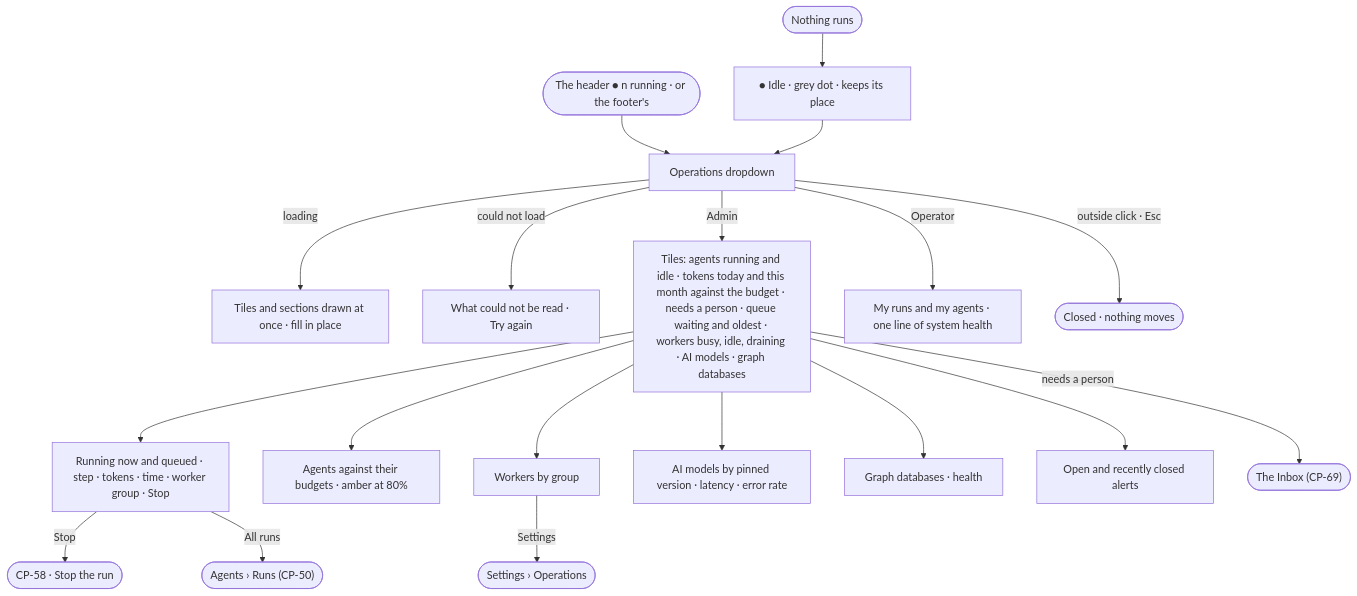
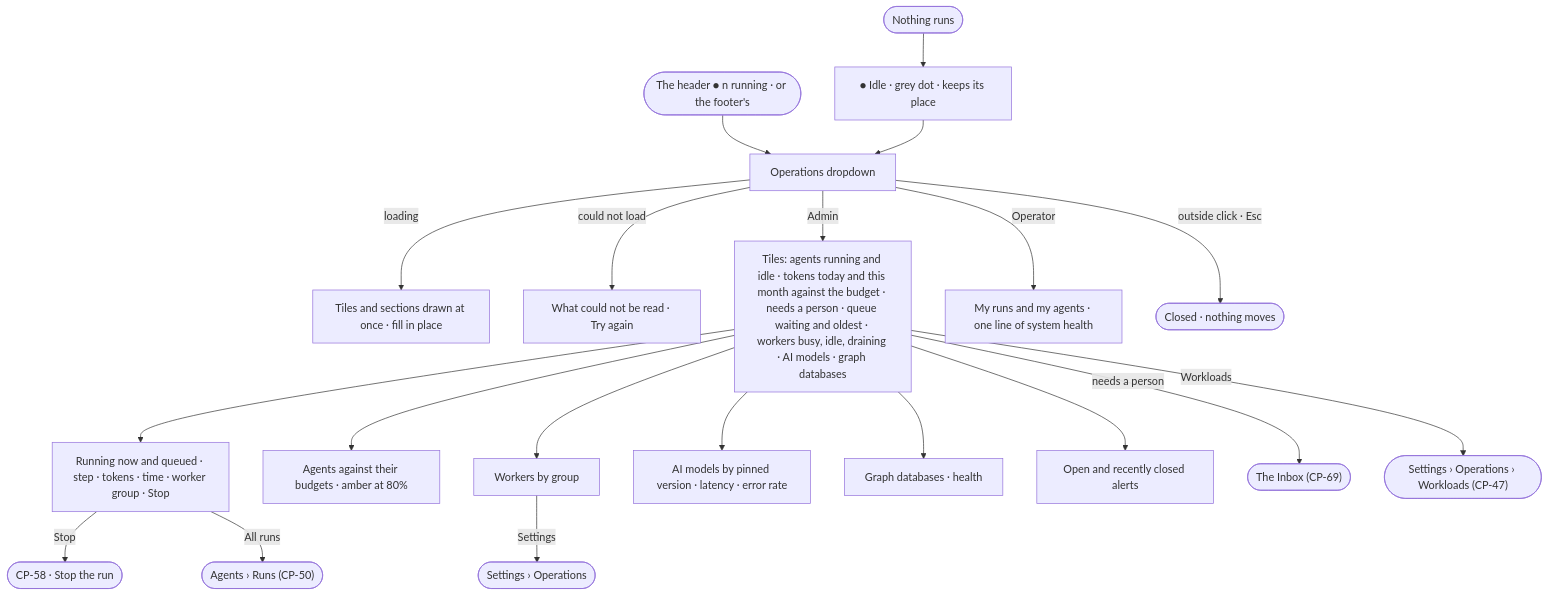
Before and after one commit to invana/invana: the diagram in specs/os/control/features/CP-F09-overview/stories/CP-70-see-what-the-deployment-is-doing-from-the-header/story.md, drawn with Mermaid. The commit also changed other lines of this file and 7 other files, not shown here.

````diff
--- a/specs/os/control/features/CP-F09-overview/stories/CP-70-see-what-the-deployment-is-doing-from-the-header/story.md
+++ b/specs/os/control/features/CP-F09-overview/stories/CP-70-see-what-the-deployment-is-doing-from-the-header/story.md
@@ -27,20 +27,21 @@
 ```mermaid
 flowchart TD
   h([The header ● n running · or the footer's]) --> d["Operations dropdown"]
   f([Nothing runs]) --> idle["● Idle · grey dot · keeps its place"] --> d
   d -->|loading| ld["Tiles and sections drawn at once · fill in place"]
   d -->|could not load| fl["What could not be read · Try again"]
   d -->|Admin| t["Tiles: agents running and idle · tokens today and this month against the budget · needs a person · queue waiting and oldest · workers busy, idle, draining · AI models · graph databases"]
   t --> run["Running now and queued · step · tokens · time · worker group · Stop"]
   run -->|Stop| st(["CP-58 · Stop the run"])
   t --> ag["Agents against their budgets · amber at 80%"]
   t --> wk["Workers by group"]
   t --> ai["AI models by pinned version · latency · error rate"]
   t --> gd["Graph databases · health"]
   t --> al["Open and recently closed alerts"]
   t -->|needs a person| ib(["The Inbox (CP-69)"])
   run -->|All runs| ar(["Agents › Runs (CP-50)"])
   wk -->|Settings| so(["Settings › Operations"])
+  t -->|Workloads| wl(["Settings › Operations › Workloads (CP-47)"])
   d -->|Operator| op["My runs and my agents · one line of system health"]
   d -->|outside click · Esc| x(["Closed · nothing moves"])
 ```
````
